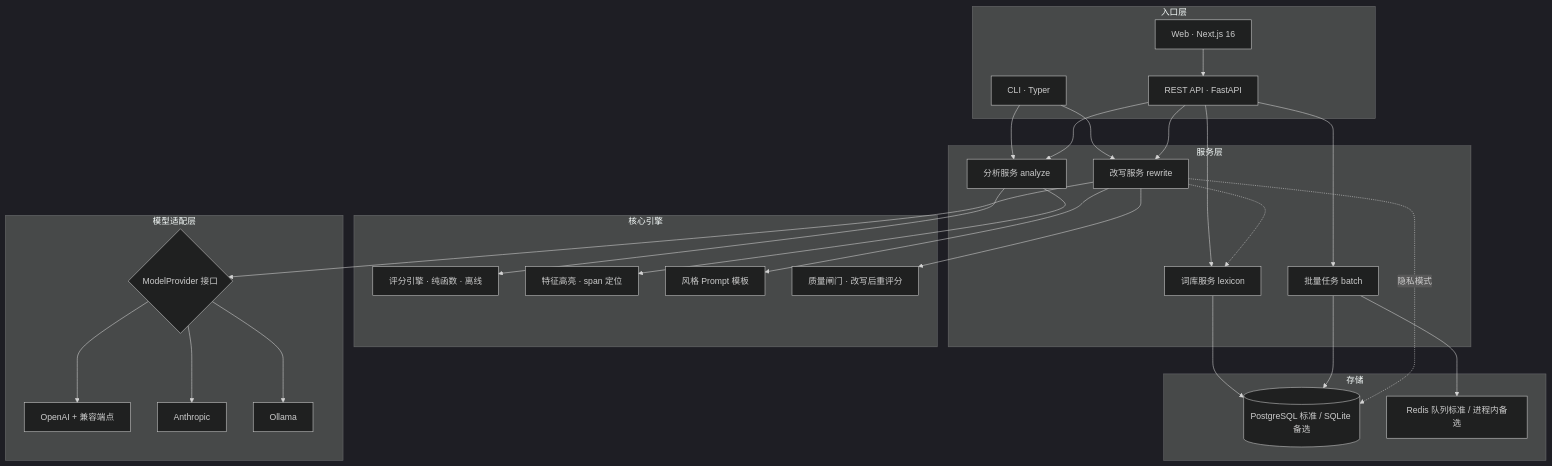
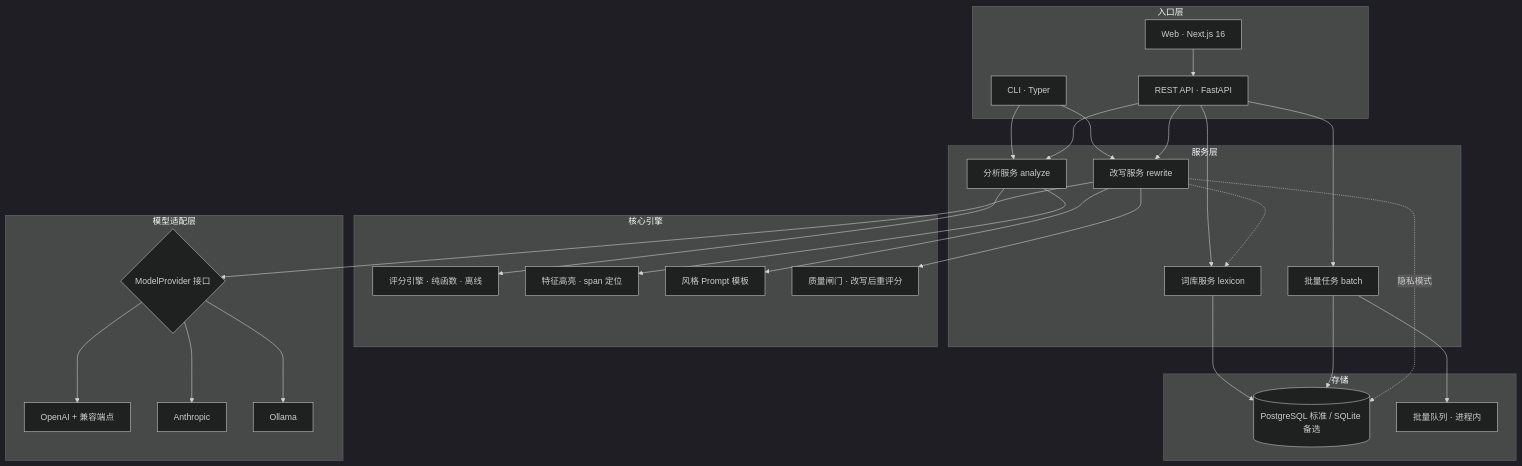
One commit to huayuehua15-netizen/de-ai-ify changed the diagram in docs/DEVELOPMENT.md. Above: the diagram before and after it, drawn with Mermaid (dark theme). The commit also changed other lines of this file and 3 other files, not shown here.

Commit message:
docs: 对齐实现描述并补界面截图与预构建镜像用法

````diff
--- a/docs/DEVELOPMENT.md
+++ b/docs/DEVELOPMENT.md
@@ -234,46 +237,46 @@
 ```mermaid
 graph TB
     subgraph 入口层
         WEB[Web · Next.js 16]
         API[REST API · FastAPI]
         CLI[CLI · Typer]
     end
 
     subgraph 服务层
         AN[分析服务 analyze]
         RW[改写服务 rewrite]
         LX[词库服务 lexicon]
         JOB[批量任务 batch]
     end
 
     subgraph 核心引擎
         SCORE[评分引擎 · 纯函数 · 离线]
         HINT[特征高亮 · span 定位]
         PROMPT[风格 Prompt 模板]
         GATE[质量闸门 · 改写后重评分]
     end
 
     subgraph 模型适配层
         ADAPT{ModelProvider 接口}
         OAI[OpenAI + 兼容端点]
         ANT[Anthropic]
         OLL[Ollama]
     end
 
     subgraph 存储
         DB[(PostgreSQL 标准 / SQLite 备选)]
-        Q[Redis 队列标准 / 进程内备选]
+        Q[批量队列 · 进程内]
     end
 
     WEB --> API
     CLI --> AN & RW
     API --> AN & RW & LX & JOB
     AN --> SCORE & HINT
     RW --> PROMPT & ADAPT & GATE
     RW -.-> LX
     JOB --> Q
     ADAPT --> OAI & ANT & OLL
     LX --> DB
     JOB --> DB
     RW -.隐私模式.-> DB
 ```
````
